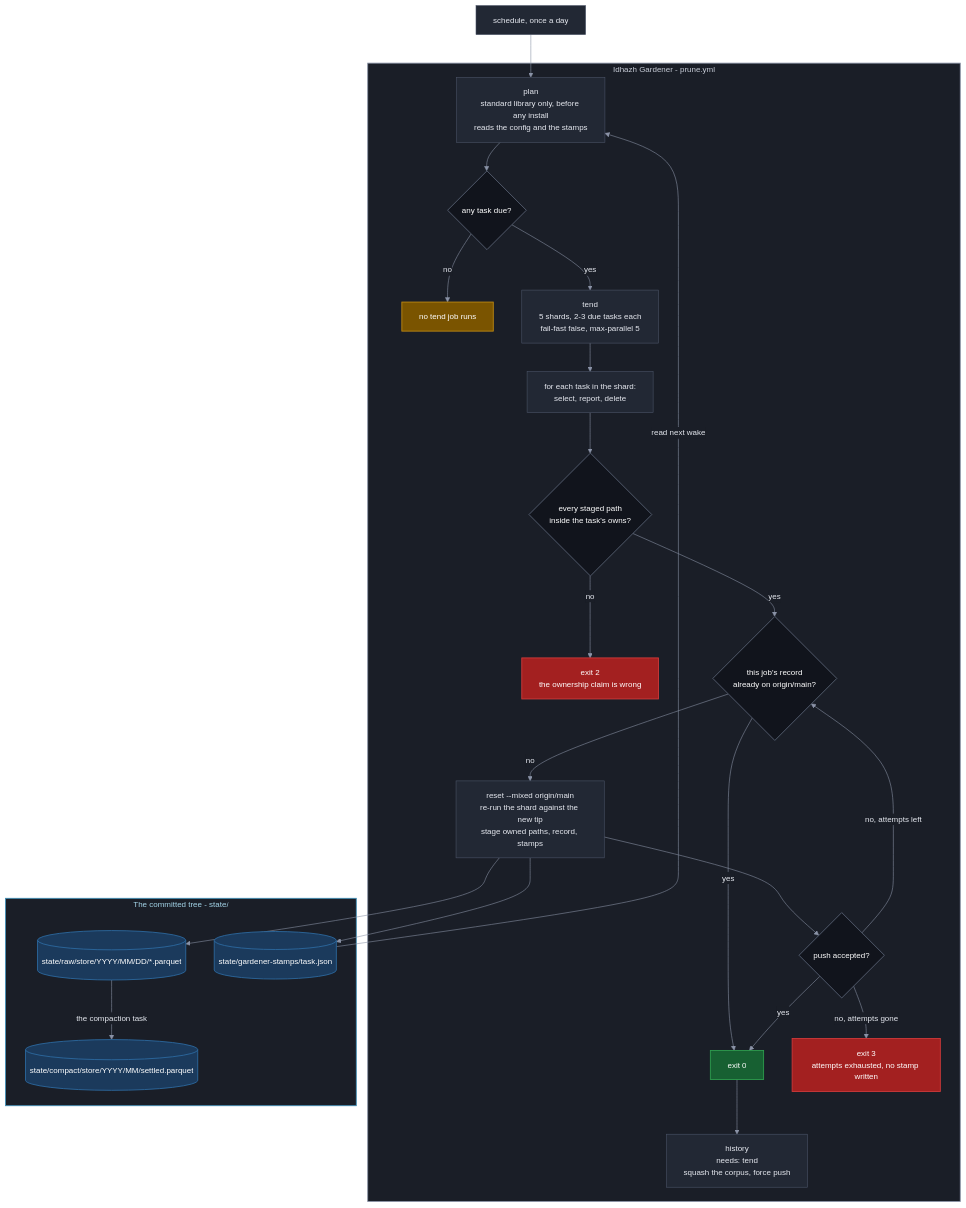
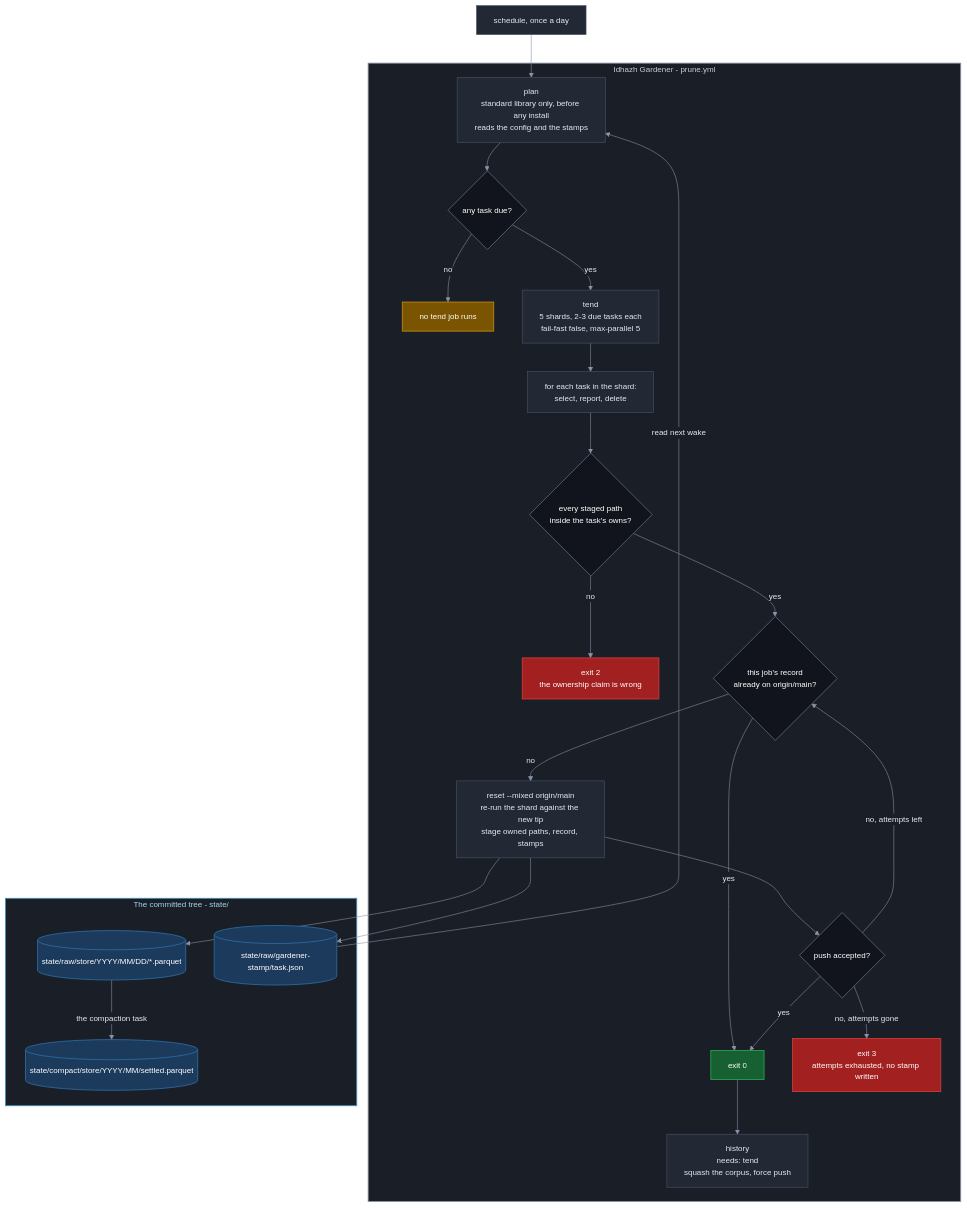
One commit to miztiik/yen-idhazh changed the diagram in TODO/20260924-50-idhazh-gardener-plan.md. Above: the diagram before and after it, drawn with Mermaid. The commit also changed other lines of this file, not shown here.

````diff
--- a/TODO/20260924-50-idhazh-gardener-plan.md
+++ b/TODO/20260924-50-idhazh-gardener-plan.md
@@ -74,65 +78,65 @@
 ```mermaid
 %%{init: {"theme": "base", "themeVariables": {"background": "#0f1117", "primaryColor": "#222834", "primaryTextColor": "#e6e9f0", "primaryBorderColor": "#4b5468", "lineColor": "#8b93a7", "textColor": "#e6e9f0", "clusterBkg": "#1a1e27", "clusterBorder": "#3a4254", "titleColor": "#e6e9f0", "edgeLabelBackground": "#1a1e27", "fontSize": "14px"}}}%%
 flowchart TB
   CRON["schedule, once a day"]
 
   subgraph OPS["Idhazh Gardener - prune.yml"]
     PLAN["plan<br/>standard library only, before any install<br/>reads the config and the stamps"]
     ANY{"any task due?"}
     IDLE["no tend job runs"]
     TEND["tend<br/>5 shards, 2-3 due tasks each<br/>fail-fast false, max-parallel 5"]
     RUN["for each task in the shard:<br/>select, report, delete"]
     OWNED{"every staged path<br/>inside the task's owns?"}
     OUTSIDE["exit 2<br/>the ownership claim is wrong"]
     LANDED{"this job's record<br/>already on origin/main?"}
     REAPPLY["reset --mixed origin/main<br/>re-run the shard against the new tip<br/>stage owned paths, record, stamps"]
     PUSHED{"push accepted?"}
     OK["exit 0"]
     LOST["exit 3<br/>attempts exhausted, no stamp written"]
     HIST["history<br/>needs: tend<br/>squash the corpus, force push"]
   end
 
   subgraph TREE["The committed tree - state/"]
     RAW[("state/raw/store/YYYY/MM/DD/*.parquet")]
-    STAMP[("state/gardener-stamps/task.json")]
+    STAMP[("state/raw/gardener-stamp/task.json")]
     COMPACT[("state/compact/store/YYYY/MM/settled.parquet")]
   end
 
   CRON --> PLAN
   PLAN --> ANY
   ANY -->|"no"| IDLE
   ANY -->|"yes"| TEND
   TEND --> RUN
   RUN --> OWNED
   OWNED -->|"no"| OUTSIDE
   OWNED -->|"yes"| LANDED
   LANDED -->|"yes"| OK
   LANDED -->|"no"| REAPPLY
   REAPPLY --> RAW
   REAPPLY --> STAMP
   REAPPLY --> PUSHED
   PUSHED -->|"yes"| OK
   PUSHED -->|"no, attempts left"| LANDED
   PUSHED -->|"no, attempts gone"| LOST
   OK --> HIST
   STAMP -->|"read next wake"| PLAN
   RAW -->|"the compaction task"| COMPACT
 
   classDef stage fill:#222834,stroke:#4b5468,stroke-width:1px,color:#e6e9f0;
   classDef decision fill:#11141c,stroke:#5b6477,stroke-width:1.5px,color:#ffffff;
   classDef yes fill:#176032,stroke:#2ea04f,stroke-width:1.5px,color:#ffffff;
   classDef no fill:#a32020,stroke:#d23b3b,stroke-width:1.5px,color:#ffffff;
   classDef warn fill:#7a5400,stroke:#c08a12,stroke-width:1.5px,color:#ffffff;
   classDef store fill:#1b3a5c,stroke:#2d6ca3,stroke-width:1.5px,color:#ffffff;
   classDef sysOps fill:#1a1e27,stroke:#8b93a7,stroke-width:1.5px,color:#c8cdd8;
   classDef sysPublish fill:#1a1e27,stroke:#3f8fb8,stroke-width:1.5px,color:#a5d6ea;
 
   class CRON,PLAN,TEND,RUN,REAPPLY,HIST stage;
   class ANY,OWNED,LANDED,PUSHED decision;
   class OK yes;
   class OUTSIDE,LOST no;
   class IDLE warn;
   class RAW,STAMP,COMPACT store;
   class OPS sysOps;
   class TREE sysPublish;
 ```
````
